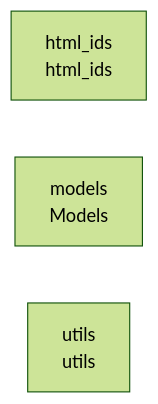
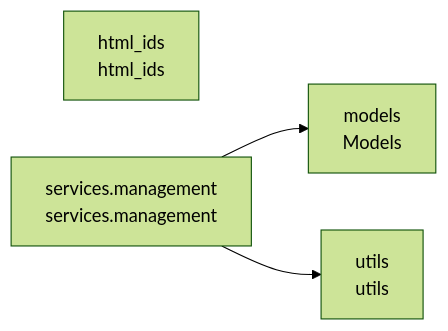
One commit to cj-mills/cjm-transcript-workflow-management changed the diagram in README.md. Above: the diagram before and after it, drawn with Mermaid (forest theme). The commit also changed other lines of this file and 6 other files, not shown here.

Commit message:
Phase 2: Add ManagementService with list, detail, delete, export, and import operations for graph documents.

````diff
--- a/README.md
+++ b/README.md
@@ -23,6 +25,10 @@
 ``` mermaid
 graph LR
     html_ids[html_ids<br/>html_ids]
     models[models<br/>Models]
+    services_management[services.management<br/>services.management]
     utils[utils<br/>utils]
+
+    services_management --> models
+    services_management --> utils
 ```
````
